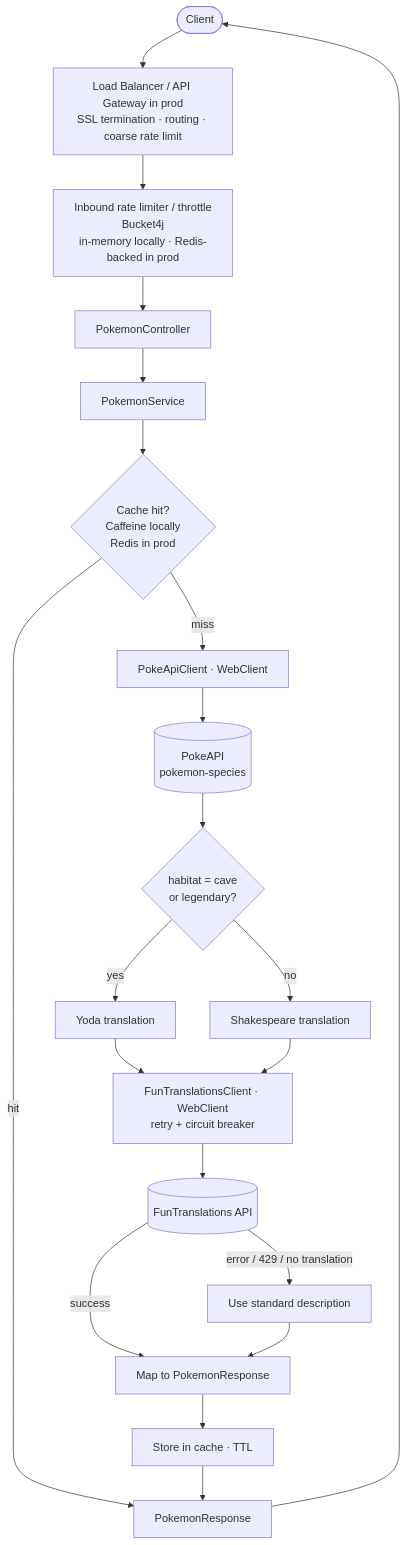
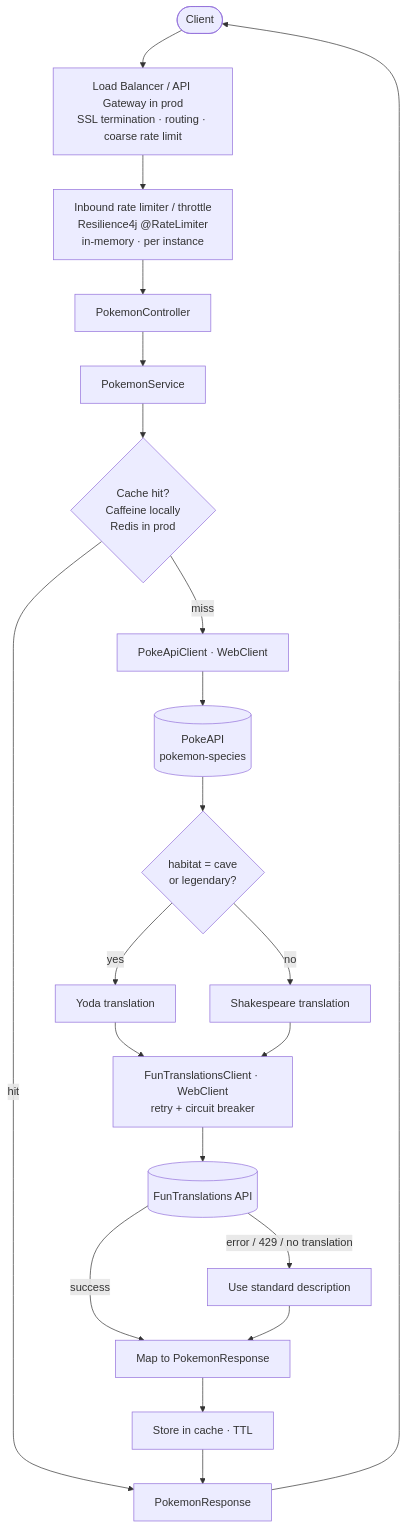
One commit to Eileanor/funny-pokedex changed the diagram in README.md. Above: the diagram before and after it, drawn with Mermaid. The commit also changed other lines of this file and 28 other files, not shown here.

````diff
--- a/README.md
+++ b/README.md
@@ -194,23 +194,23 @@
 ```mermaid
 flowchart TD
     Client([Client]) --> GW[Load Balancer / API Gateway in prod<br/>SSL termination · routing · coarse rate limit]
-    GW --> RL[Inbound rate limiter / throttle<br/>Bucket4j<br/>in-memory locally · Redis-backed in prod]
+    GW --> RL[Inbound rate limiter / throttle<br/>Resilience4j @RateLimiter<br/>in-memory · per instance]
     RL --> C[PokemonController]
     C --> S[PokemonService]
     S --> Cache{Cache hit?<br/>Caffeine locally<br/>Redis in prod}
     Cache -- hit --> Resp[PokemonResponse]
     Cache -- miss --> PC[PokeApiClient · WebClient]
     PC --> PokeAPI[(PokeAPI<br/>pokemon-species)]
     PokeAPI --> Rule{habitat = cave<br/>or legendary?}
     Rule -- yes --> Yoda[Yoda translation]
     Rule -- no --> Shake[Shakespeare translation]
     Yoda --> FT[FunTranslationsClient · WebClient<br/>retry + circuit breaker]
     Shake --> FT
     FT --> FunAPI[(FunTranslations API)]
     FunAPI -- success --> Map[Map to PokemonResponse]
     FunAPI -- error / 429 / no translation --> Fallback[Use standard description]
     Fallback --> Map
     Map --> Store[Store in cache · TTL]
     Store --> Resp
     Resp --> Client
 ```
````
